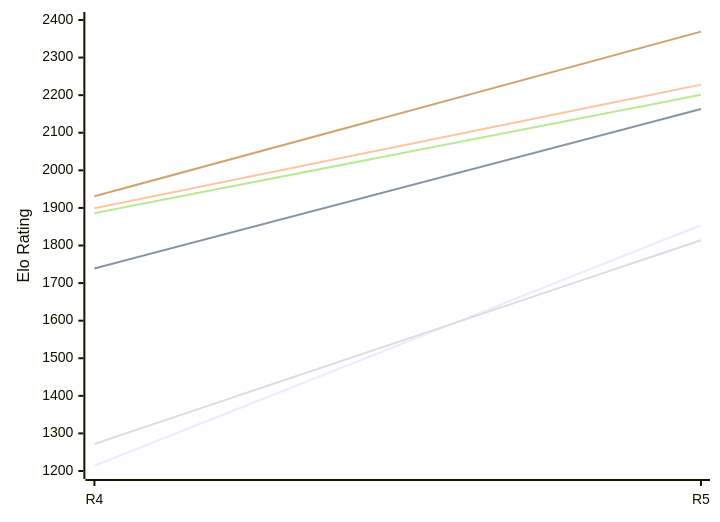
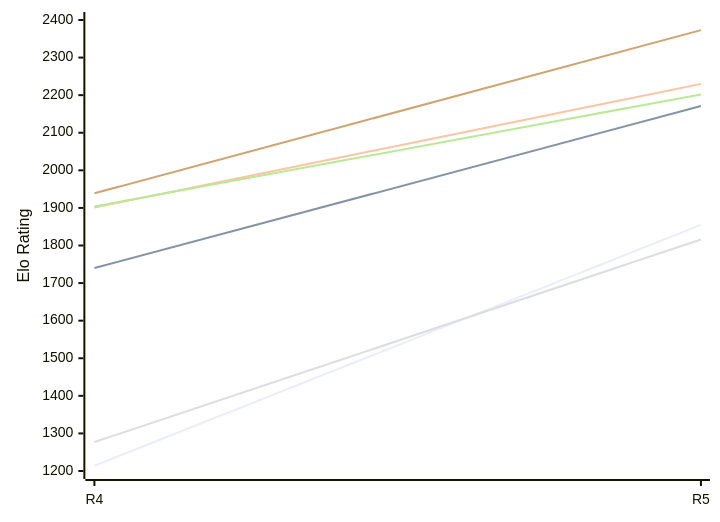
One commit to computer-chess-index/cci changed the first of 2 diagrams in engines/Viking.md. Above: the diagram before and after it, drawn with Mermaid. The commit also changed other lines of this file, not shown here.

Commit message:
Update CCI Ratings (ELO VLTC) - 2026-11-20

````diff
--- a/engines/Viking.md
+++ b/engines/Viking.md
@@ -50,12 +50,12 @@
 ```mermaid
 %%{init: {"theme":"base","themeVariables":{"seriesColors:['#a3a3a3','#222221','#faa371']}}}%%
 xychart-beta
   x-axis ["R4", "R5"]
   y-axis "Elo Rating" 1200 --> 2400
-  line "E1: STC (8.0+0.08s)" [1214, 1854]
-  line "E1: LTC (60.0+0.60s)" [1739, 2163]
-  line "E1: VLTC (2m24s+1.12s)" [1899, 2228]
-  line "P1: STC (8.0+0.08s)" [1272, 1814]
-  line "P1: LTC (60.0+0.60s)" [1886, 2201]
-  line "P1: VLTC (2m24s+1.12s)" [1931, 2369]
+  line "E1: STC (8.0+0.08s)" [1214, 1855]
+  line "E1: LTC (60.0+0.60s)" [1740, 2171]
+  line "E1: VLTC (2m24s+1.12s)" [1901, 2230]
+  line "P1: STC (8.0+0.08s)" [1277, 1816]
+  line "P1: LTC (60.0+0.60s)" [1904, 2202]
+  line "P1: VLTC (2m24s+1.12s)" [1939, 2373]
 ```
````
